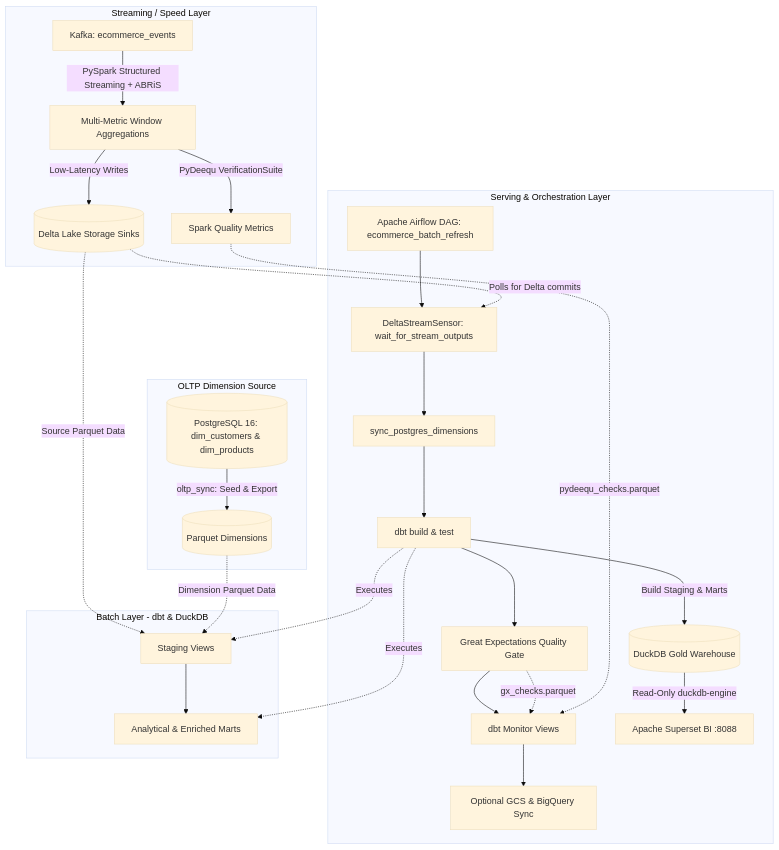
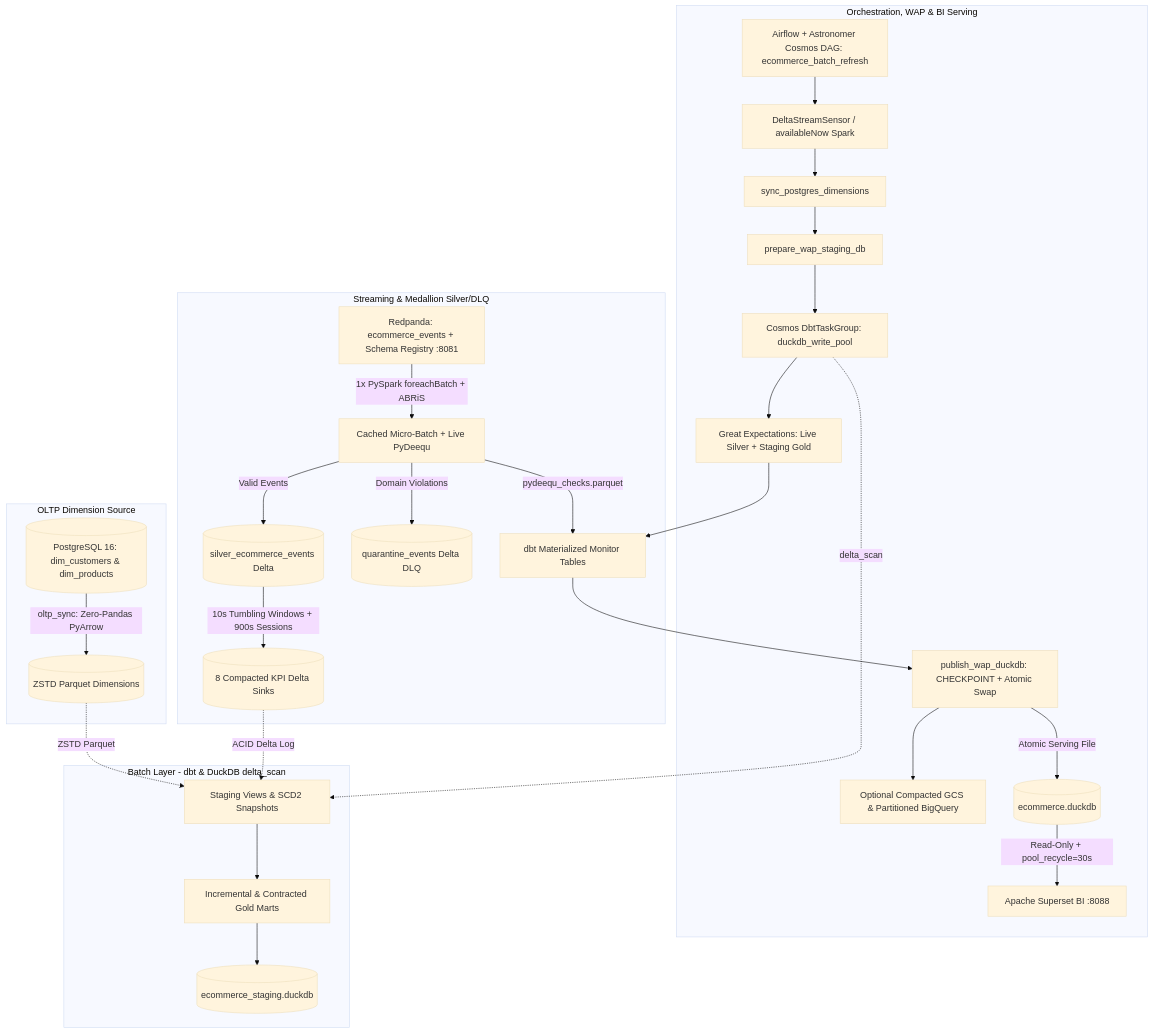
One commit to JayKay24/data-engineering changed the diagram in projects/ecommerce/README.md. Above: the diagram before and after it, drawn with Mermaid (base theme). The commit also changed other lines of this file and 77 other files, not shown here.

Commit message:
feat(ecommerce): modernize pipeline to Medallion Lakehouse with Redpanda, WAP DuckDB, SCD2, Cosmos & CI

````diff
--- a/projects/ecommerce/README.md
+++ b/projects/ecommerce/README.md
@@ -5,34 +5,35 @@
 ```mermaid
 flowchart TD
     subgraph OLTP [OLTP Dimension Source]
-        PG[(PostgreSQL 16: dim_customers & dim_products)] -->|oltp_sync: Seed & Export| DIM[(Parquet Dimensions)]
+        PG[(PostgreSQL 16: dim_customers & dim_products)] -->|oltp_sync: Zero-Pandas PyArrow| DIM[(ZSTD Parquet Dimensions)]
     end
 
-    subgraph Speed Layer [Streaming / Speed Layer]
-        K[Kafka: ecommerce_events] -->|PySpark Structured Streaming + ABRiS| SS[Multi-Metric Window Aggregations]
-        SS -->|PyDeequ VerificationSuite| DEEQU[Spark Quality Metrics]
-        SS -->|Low-Latency Writes| DL[(Delta Lake Storage Sinks)]
+    subgraph Speed Layer [Streaming & Medallion Silver/DLQ]
+        RP[Redpanda: ecommerce_events + Schema Registry :8081] -->|1x PySpark foreachBatch + ABRiS| MB[Cached Micro-Batch + Live PyDeequ]
+        MB -->|Valid Events| SILVER[(silver_ecommerce_events Delta)]
+        MB -->|Domain Violations| DLQ[(quarantine_events Delta DLQ)]
+        MB -->|pydeequ_checks.parquet| MON
+        SILVER -->|10s Tumbling Windows + 900s Sessions| DL[(8 Compacted KPI Delta Sinks)]
     end
 
-    subgraph Serving & Orchestration [Serving & Orchestration Layer]
-        AF[Apache Airflow DAG: ecommerce_batch_refresh] --> SENSOR[DeltaStreamSensor: wait_for_stream_outputs]
-        DL -.->|Polls for Delta commits| SENSOR
+    subgraph Serving & Orchestration [Orchestration, WAP & BI Serving]
+        AF[Airflow + Astronomer Cosmos DAG: ecommerce_batch_refresh] --> SENSOR[DeltaStreamSensor / availableNow Spark]
         SENSOR --> SYNC[sync_postgres_dimensions]
-        SYNC --> DBT[dbt build & test]
-        DBT --> GX[Great Expectations Quality Gate]
-        GX --> MON[dbt Monitor Views]
-        MON --> GCP[Optional GCS & BigQuery Sync]
-        DBT -->|Build Staging & Marts| DUCK[(DuckDB Gold Warehouse)]
-        DUCK -->|Read-Only duckdb-engine| BI[Apache Superset BI :8088]
-        GX -.->|gx_checks.parquet| MON
-        DEEQU -.->|pydeequ_checks.parquet| MON
+        SYNC --> PREP[prepare_wap_staging_db]
+        PREP --> COSMOS[Cosmos DbtTaskGroup: duckdb_write_pool]
+        COSMOS --> GX[Great Expectations: Live Silver + Staging Gold]
+        GX --> MON[dbt Materialized Monitor Tables]
+        MON --> PUB[publish_wap_duckdb: CHECKPOINT + Atomic Swap]
+        PUB --> GCP[Optional Compacted GCS & Partitioned BigQuery]
+        PUB -->|Atomic Serving File| DUCK[(ecommerce.duckdb)]
+        DUCK -->|Read-Only + pool_recycle=30s| BI[Apache Superset BI :8088]
     end
 
-    subgraph Batch Layer [Batch Layer - dbt & DuckDB]
-        DBT -.->|Executes| STG[Staging Views]
-        DBT -.->|Executes| MARTS[Analytical & Enriched Marts]
-        DL -.->|Source Parquet Data| STG
-        DIM -.->|Dimension Parquet Data| STG
-        STG --> MARTS
+    subgraph Batch Layer [Batch Layer - dbt & DuckDB delta_scan]
+        COSMOS -.->|delta_scan| STG[Staging Views & SCD2 Snapshots]
+        DL -.->|ACID Delta Log| STG
+        DIM -.->|ZSTD Parquet| STG
+        STG --> MARTS[Incremental & Contracted Gold Marts]
+        MARTS --> DUCK_STG[(ecommerce_staging.duckdb)]
     end
 ```
````
